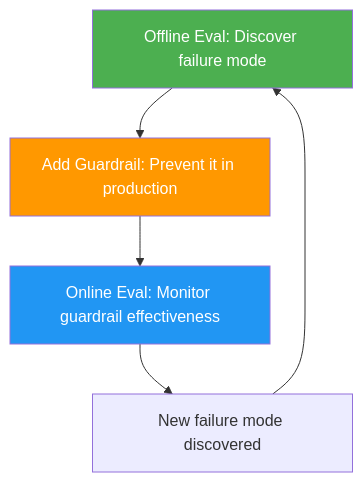
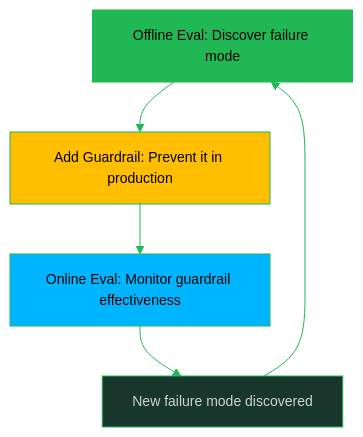
The third of 3 diagrams in computing-foundation-note/Artificial_Intelligence/13_LLM_Evaluation_and_Guardrails.md (oat431/swe-knowledge), drawn with Mermaid before and after one commit. The commit also changed other lines of this file and 139 other files, not shown here.

````diff
--- a/computing-foundation-note/Artificial_Intelligence/13_LLM_Evaluation_and_Guardrails.md
+++ b/computing-foundation-note/Artificial_Intelligence/13_LLM_Evaluation_and_Guardrails.md
@@ -182,11 +186,12 @@
 ```mermaid
+%%{init: {'theme':'base','themeVariables':{'primaryColor':'#19362D','primaryTextColor':'#CDD3D1','primaryBorderColor':'#1FB854','lineColor':'#1FB854','secondaryColor':'#161212','tertiaryColor':'#1B1717','background':'#1B1717','mainBkg':'#19362D','nodeBorder':'#1FB854','clusterBkg':'#161212','clusterBorder':'#19362D','titleColor':'#1FB854','edgeLabelBackground':'#161212','fontSize':'14px'}}}%%
 flowchart TD
     OFFLINE["Offline Eval: Discover failure mode"] --> GUARDRAIL["Add Guardrail: Prevent it in production"]
     GUARDRAIL --> MONITOR["Online Eval: Monitor guardrail effectiveness"]
     MONITOR --> FEEDBACK["New failure mode discovered"]
     FEEDBACK --> OFFLINE
     
-    style OFFLINE fill:#4CAF50,color:#fff
-    style GUARDRAIL fill:#FF9800,color:#fff
-    style MONITOR fill:#2196F3,color:#fff
+    style OFFLINE fill:#1FB854,color:#000000
+    style GUARDRAIL fill:#FFBE00,color:#000000
+    style MONITOR fill:#00B5FF,color:#000000
 ```
````
